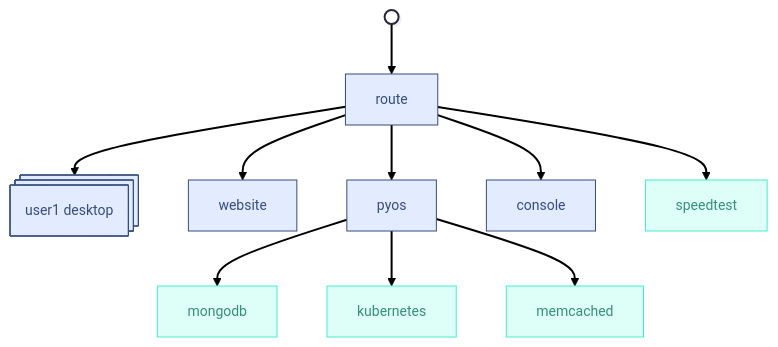
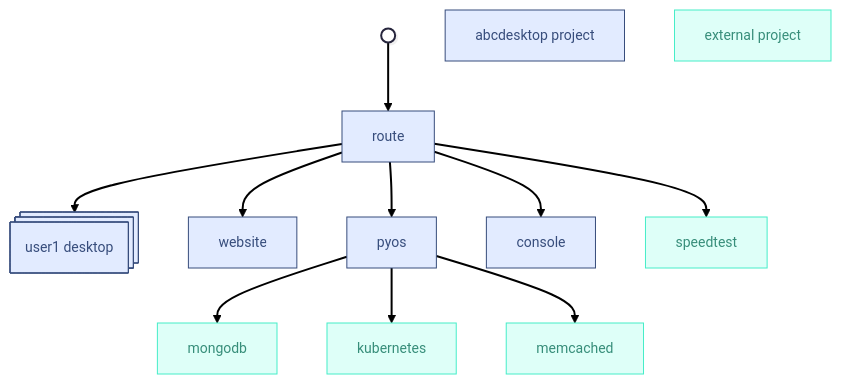
The first of 2 diagrams in opsdocs/docs/architecture.md (abcdesktopio/docs), drawn with Mermaid before and after one commit.

````diff
--- a/opsdocs/docs/architecture.md
+++ b/opsdocs/docs/architecture.md
@@ -7,28 +7,34 @@
 ``` mermaid
 ---
 config:
   theme: redux
 ---
 flowchart TD
     R["route"] --> desktop["user1 desktop"] & W["website"] & API["pyos"] & C["console"] & S["speedtest"]
     API --> mongodb["mongodb"] & kubernetes["kubernetes"] & memcache["memcached"]
     n1["users"] --> R
+    n3["abcdesktop project"]
+    n2["external project"]
     R@{ shape: proc}
     desktop@{ shape: procs}
     n1@{ shape: sm-circ}
+    n2@{ shape: rect}
+    n3@{ shape: rect}
      R:::Sky
      desktop:::Ash
      desktop:::Sky
      W:::Sky
      API:::Sky
      C:::Sky
      S:::Aqua
      mongodb:::Aqua
      kubernetes:::Aqua
      memcache:::Aqua
      n1:::Peach
+     n2:::Aqua
+     n3:::Sky
     classDef Ash stroke-width:1px, stroke-dasharray:none, stroke:#999999, fill:#EEEEEE, color:#000000
+    classDef Peach stroke-width:1px, stroke-dasharray:none, stroke:#FBB35A, fill:#FFEFDB, color:#8F632D
     classDef Aqua stroke-width:1px, stroke-dasharray:none, stroke:#46EDC8, fill:#DEFFF8, color:#378E7A
     classDef Sky stroke-width:1px, stroke-dasharray:none, stroke:#374D7C, fill:#E2EBFF, color:#374D7C
-    classDef Peach stroke-width:1px, stroke-dasharray:none, stroke:#FBB35A, fill:#FFEFDB, color:#8F632D
 ```
````
